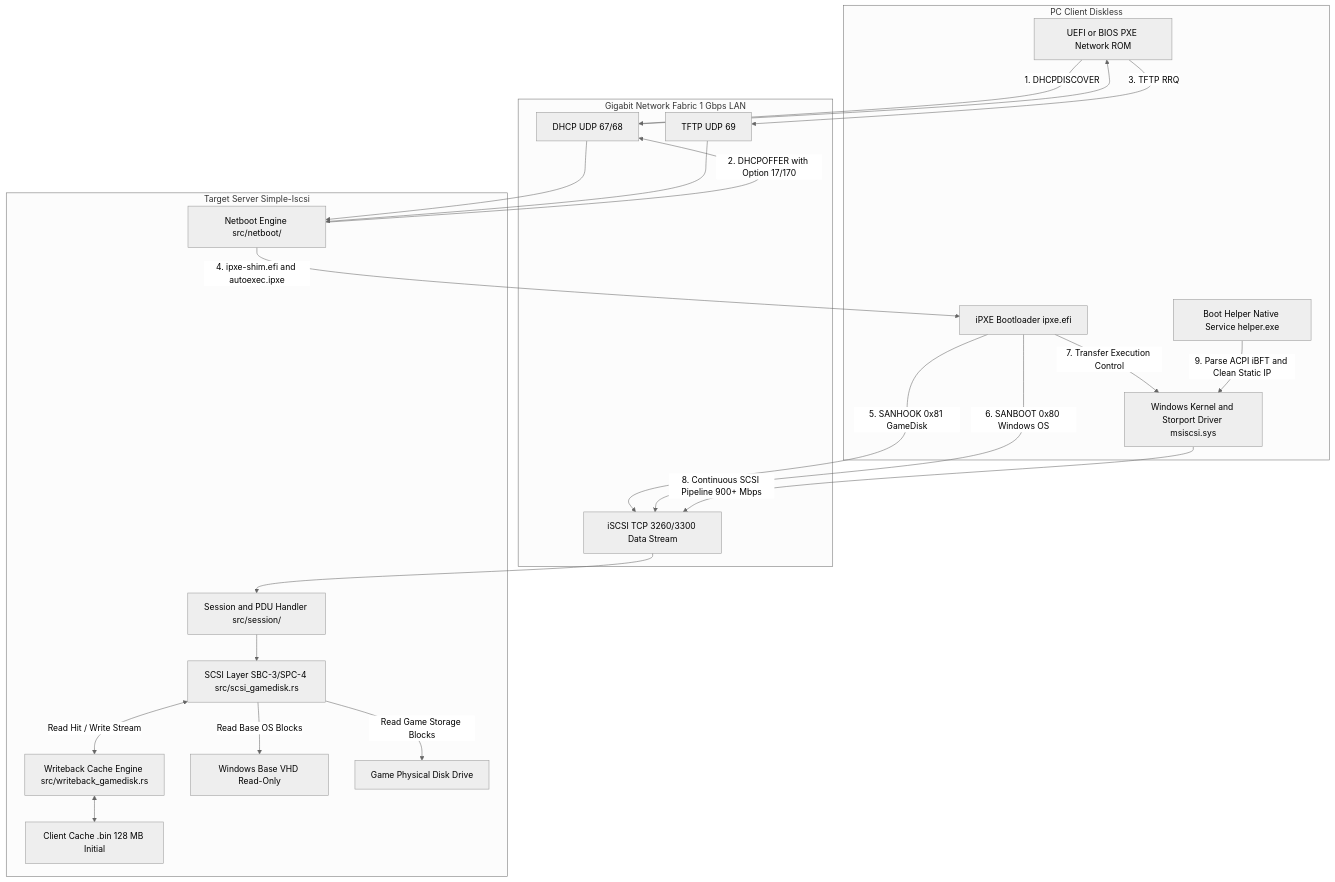
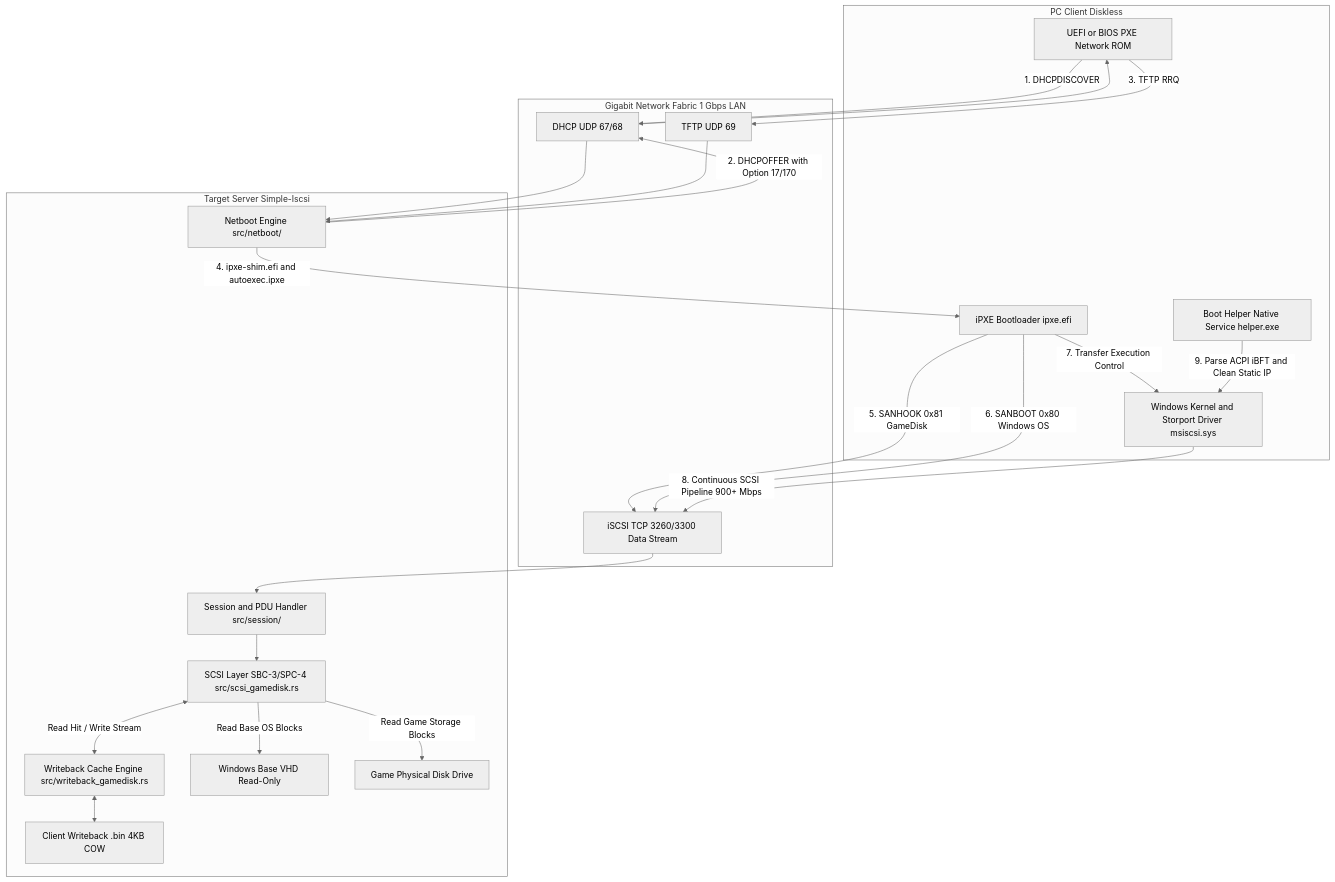
The first of 10 diagrams in DOCUMENTATION.md (milanalfandiismail/Simple-Iscsi), drawn with Mermaid (neutral theme) before and after one commit. The commit also changed other lines of this file and 39 other files, not shown here.

First line of the commit message:
feat: picker native, konsol log web, stats per disk, dan writeback .bin

````diff
--- a/DOCUMENTATION.md
+++ b/DOCUMENTATION.md
@@ -38,48 +38,48 @@
 ```mermaid
 flowchart TD
     subgraph Client_Side ["PC Client Diskless"]
         NIC_ROM["UEFI or BIOS PXE Network ROM"]
         IPXE_ENV["iPXE Bootloader ipxe.efi"]
         WIN_KERNEL["Windows Kernel and Storport Driver msiscsi.sys"]
         HELPER_SVC["Boot Helper Native Service helper.exe"]
     end
 
     subgraph Network_Fabric ["Gigabit Network Fabric 1 Gbps LAN"]
         NET_DHCP["DHCP UDP 67/68"]
         NET_TFTP["TFTP UDP 69"]
         NET_ISCSI["iSCSI TCP 3260/3300 Data Stream"]
     end
 
     subgraph Server_Side ["Target Server Simple-Iscsi"]
         SRV_NET["Netboot Engine src/netboot/"]
         SRV_SESSION["Session and PDU Handler src/session/"]
         SRV_SCSI["SCSI Layer SBC-3/SPC-4 src/scsi_gamedisk.rs"]
         SRV_CACHE["Writeback Cache Engine src/writeback_gamedisk.rs"]
         VHD_STORE["Windows Base VHD Read-Only"]
         RAW_STORE["Game Physical Disk Drive"]
-        WB_STORE["Client Cache .bin 128 MB Initial"]
+        WB_STORE["Client Writeback .bin 4KB COW"]
     end
 
     NIC_ROM -->|"1. DHCPDISCOVER"| NET_DHCP
     NET_DHCP --> SRV_NET
     SRV_NET -->|"2. DHCPOFFER with Option 17/170"| NET_DHCP
     NET_DHCP --> NIC_ROM
 
     NIC_ROM -->|"3. TFTP RRQ"| NET_TFTP
     NET_TFTP --> SRV_NET
     SRV_NET -->|"4. ipxe-shim.efi and autoexec.ipxe"| IPXE_ENV
 
     IPXE_ENV -->|"5. SANHOOK 0x81 GameDisk"| NET_ISCSI
     IPXE_ENV -->|"6. SANBOOT 0x80 Windows OS"| NET_ISCSI
     NET_ISCSI --> SRV_SESSION
     SRV_SESSION --> SRV_SCSI
 
     SRV_SCSI -->|"Read Base OS Blocks"| VHD_STORE
     SRV_SCSI -->|"Read Game Storage Blocks"| RAW_STORE
     SRV_SCSI <-->|"Read Hit / Write Stream"| SRV_CACHE
     SRV_CACHE <--> WB_STORE
 
     IPXE_ENV -->|"7. Transfer Execution Control"| WIN_KERNEL
     WIN_KERNEL -->|"8. Continuous SCSI Pipeline 900+ Mbps"| NET_ISCSI
     HELPER_SVC -->|"9. Parse ACPI iBFT and Clean Static IP"| WIN_KERNEL
 ```
````
